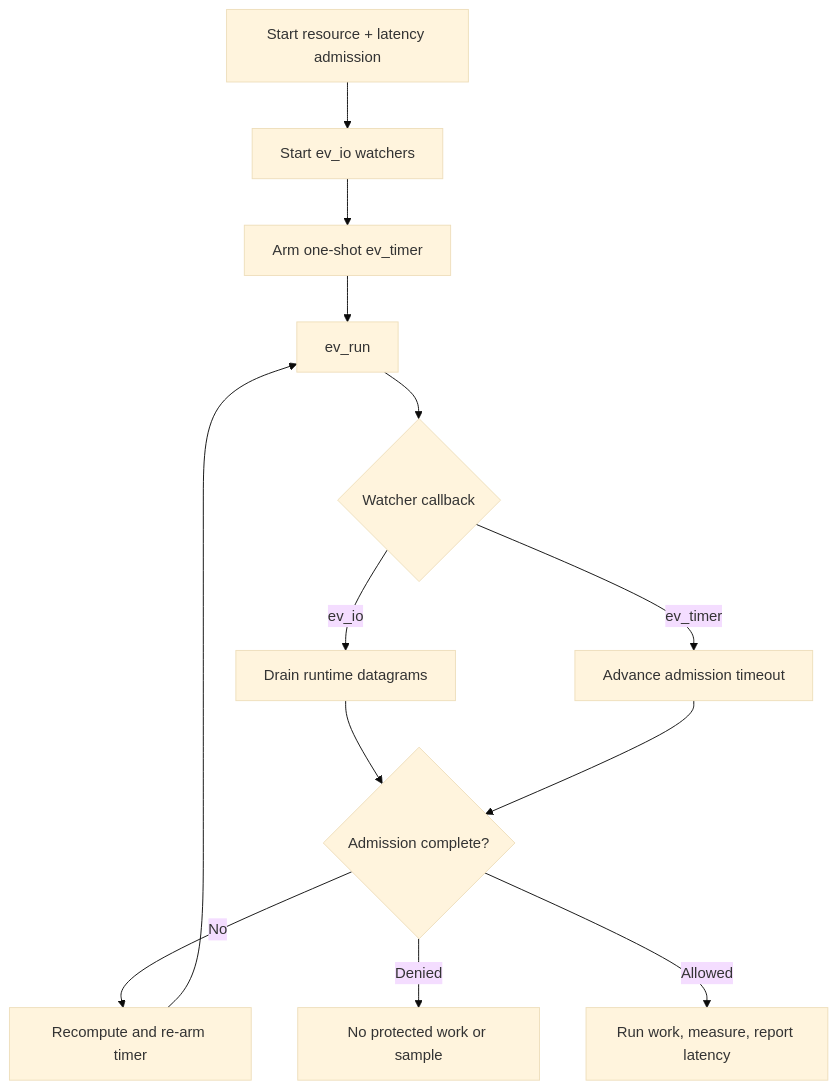
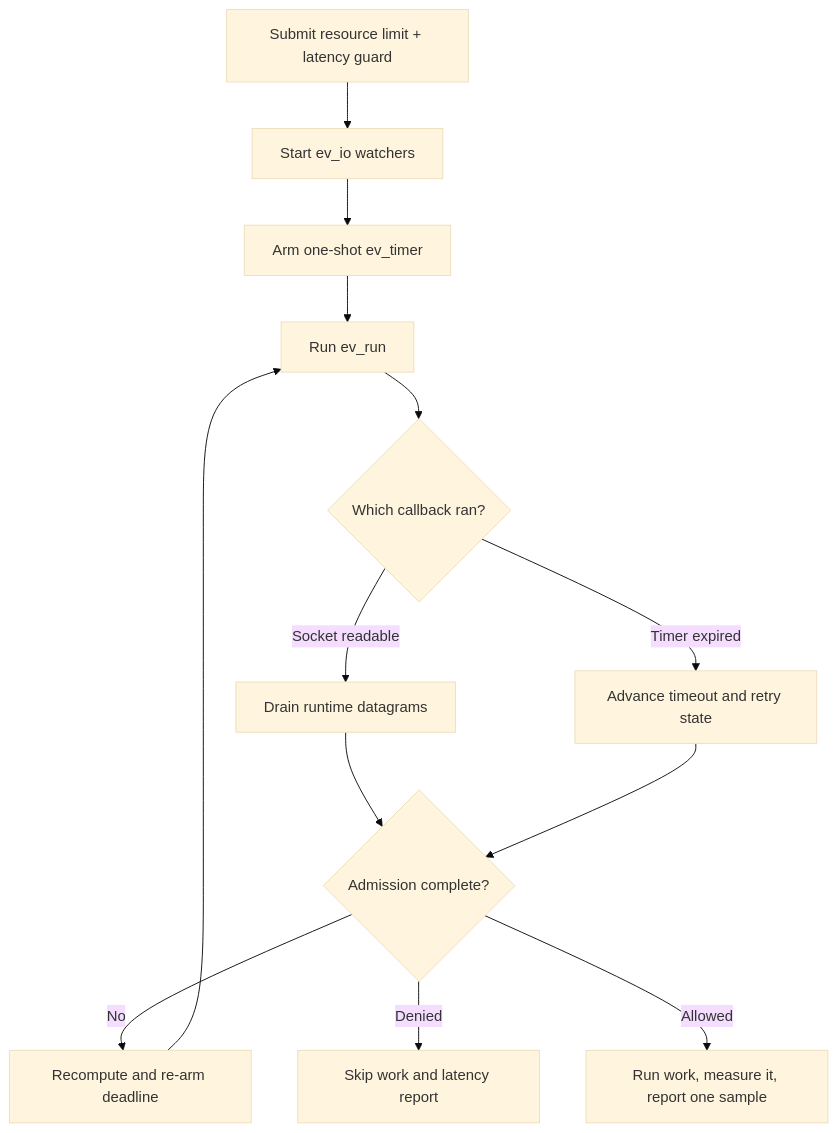
One commit to ratelimitly-com/rl-c-client changed the diagram in examples/libev/README.md. Above: the diagram before and after it, drawn with Mermaid (base theme). The commit also changed other lines of this file, not shown here.

Commit message:
docs(libev): explain watcher lifecycle

````diff
--- a/examples/libev/README.md
+++ b/examples/libev/README.md
@@ -10,15 +26,15 @@
 ```mermaid
 flowchart TD
-    Start["Start resource + latency admission"] --> Watch["Start ev_io watchers"]
+    Start["Submit resource limit + latency guard"] --> Watch["Start ev_io watchers"]
     Watch --> Timer["Arm one-shot ev_timer"]
-    Timer --> Loop["ev_run"]
-    Loop --> Event{"Watcher callback"}
-    Event -->|ev_io| Read["Drain runtime datagrams"]
-    Event -->|ev_timer| Timeout["Advance admission timeout"]
+    Timer --> Loop["Run ev_run"]
+    Loop --> Event{"Which callback ran?"}
+    Event -->|Socket readable| Read["Drain runtime datagrams"]
+    Event -->|Timer expired| Timeout["Advance timeout and retry state"]
     Read --> Decision{"Admission complete?"}
     Timeout --> Decision
-    Decision -->|No| Rearm["Recompute and re-arm timer"]
+    Decision -->|No| Rearm["Recompute and re-arm deadline"]
     Rearm --> Loop
-    Decision -->|Denied| Reject["No protected work or sample"]
-    Decision -->|Allowed| Work["Run work, measure, report latency"]
+    Decision -->|Denied| Reject["Skip work and latency report"]
+    Decision -->|Allowed| Work["Run work, measure it, report one sample"]
 ```
````
